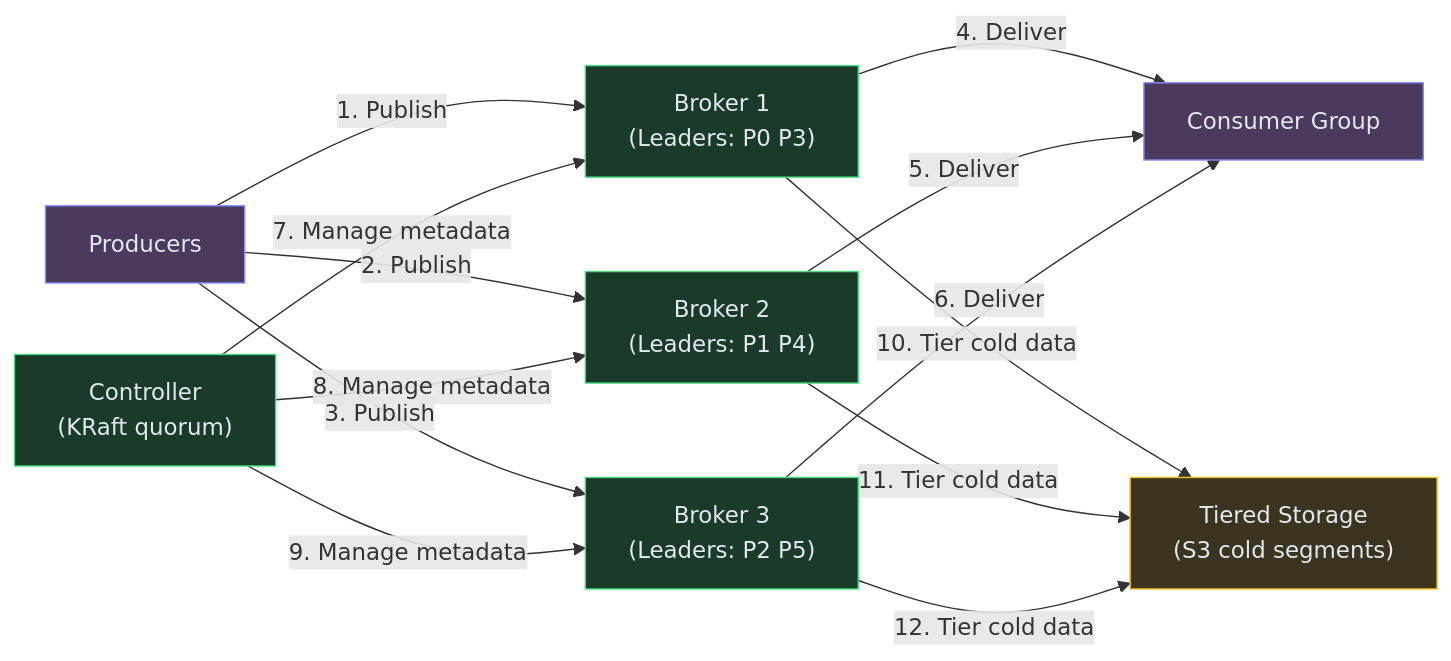
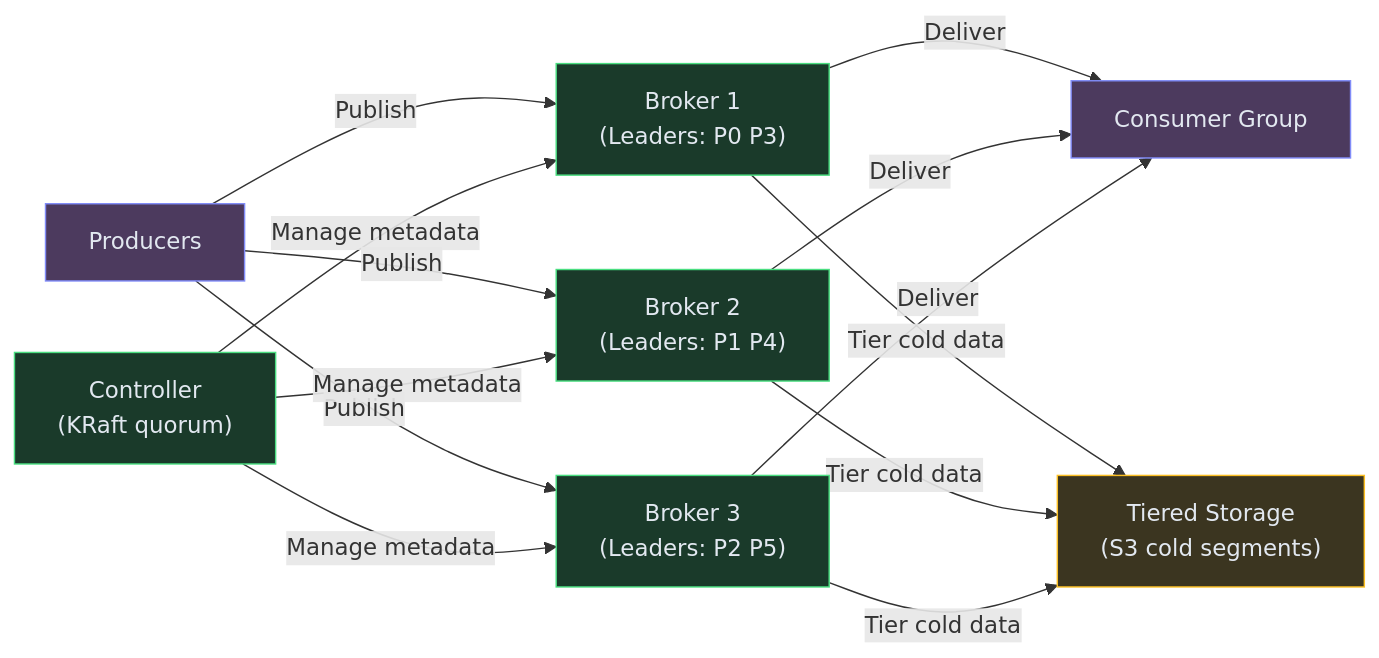
One commit to iluzn/HLD-Designs changed the seventh of 7 diagrams in content/hld/MessageQueue.md. Above: the diagram before and after it, drawn with Mermaid. The commit also changed 26 other files, not shown here.

First line of the commit message:
fix(hld): Remove confusing number prefixes from final architecture diagrams

````diff
--- a/content/hld/MessageQueue.md
+++ b/content/hld/MessageQueue.md
@@ -381,27 +381,27 @@
 ```mermaid
 flowchart LR
     PRODS["Producers"]:::client
     BROKER1["Broker 1<br/>(Leaders: P0 P3)"]:::service
     BROKER2["Broker 2<br/>(Leaders: P1 P4)"]:::service
     BROKER3["Broker 3<br/>(Leaders: P2 P5)"]:::service
     CTRL["Controller<br/>(KRaft quorum)"]:::service
     CONS["Consumer Group"]:::client
     S3["Tiered Storage<br/>(S3 cold segments)"]:::data
 
-    PRODS -->|"1. Publish"| BROKER1
-    PRODS -->|"2. Publish"| BROKER2
-    PRODS -->|"3. Publish"| BROKER3
-    BROKER1 -->|"4. Deliver"| CONS
-    BROKER2 -->|"5. Deliver"| CONS
-    BROKER3 -->|"6. Deliver"| CONS
-    CTRL -->|"7. Manage metadata"| BROKER1
-    CTRL -->|"8. Manage metadata"| BROKER2
-    CTRL -->|"9. Manage metadata"| BROKER3
-    BROKER1 -->|"10. Tier cold data"| S3
-    BROKER2 -->|"11. Tier cold data"| S3
-    BROKER3 -->|"12. Tier cold data"| S3
+    PRODS -->|"Publish"| BROKER1
+    PRODS -->|"Publish"| BROKER2
+    PRODS -->|"Publish"| BROKER3
+    BROKER1 -->|"Deliver"| CONS
+    BROKER2 -->|"Deliver"| CONS
+    BROKER3 -->|"Deliver"| CONS
+    CTRL -->|"Manage metadata"| BROKER1
+    CTRL -->|"Manage metadata"| BROKER2
+    CTRL -->|"Manage metadata"| BROKER3
+    BROKER1 -->|"Tier cold data"| S3
+    BROKER2 -->|"Tier cold data"| S3
+    BROKER3 -->|"Tier cold data"| S3
 
     classDef client fill:#4c3a5e,stroke:#818cf8,color:#e2e8f0
     classDef service fill:#1a3a2a,stroke:#4ade80,color:#e2e8f0
     classDef data fill:#3b3520,stroke:#fbbf24,color:#e2e8f0
 ```
````
